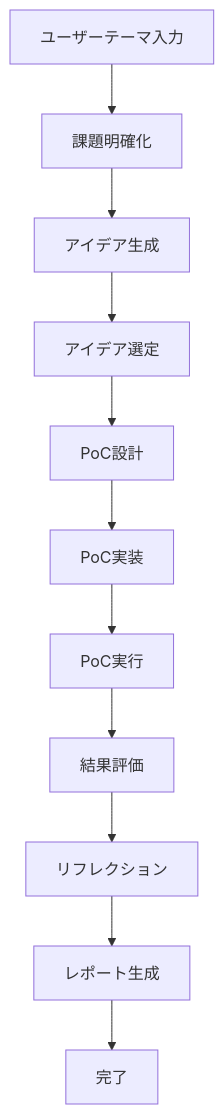
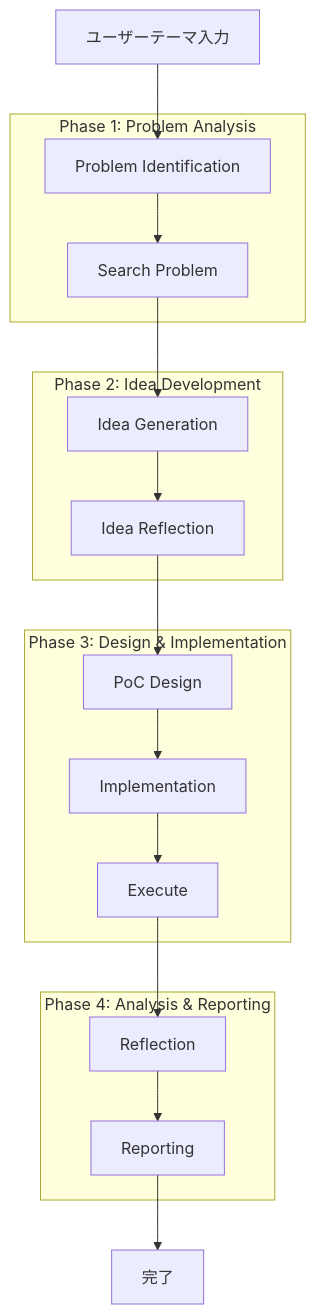
One commit to m-irrohas/AI-PoC-Agents changed the diagram in README.md. Above: the diagram before and after it, drawn with Mermaid. The commit also changed other lines of this file and 196 other files, not shown here.

````diff
--- a/README.md
+++ b/README.md
@@ -77,13 +104,34 @@
 ```mermaid
 graph TD
-    A[ユーザーテーマ入力] --> B[課題明確化]
-    B --> C[アイデア生成]
-    C --> D[アイデア選定]
-    D --> E[PoC設計]
-    E --> F[PoC実装]
-    F --> G[PoC実行]
-    G --> H[結果評価]
-    H --> I[リフレクション]
-    I --> J[レポート生成]
+    A[ユーザーテーマ入力] --> B[Problem Identification]
+    B --> C[Search Problem]
+    C --> D[Idea Generation]
+    D --> E[Idea Reflection]
+    E --> F[PoC Design]
+    F --> G[Implementation]
+    G --> H[Execute]
+    H --> I[Reflection]
+    I --> J[Reporting]
     J --> K[完了]
+    
+    subgraph "Phase 1: Problem Analysis"
+        B
+        C
+    end
+    
+    subgraph "Phase 2: Idea Development"
+        D
+        E
+    end
+    
+    subgraph "Phase 3: Design & Implementation"
+        F
+        G
+        H
+    end
+    
+    subgraph "Phase 4: Analysis & Reporting"
+        I
+        J
+    end
 ```
````
